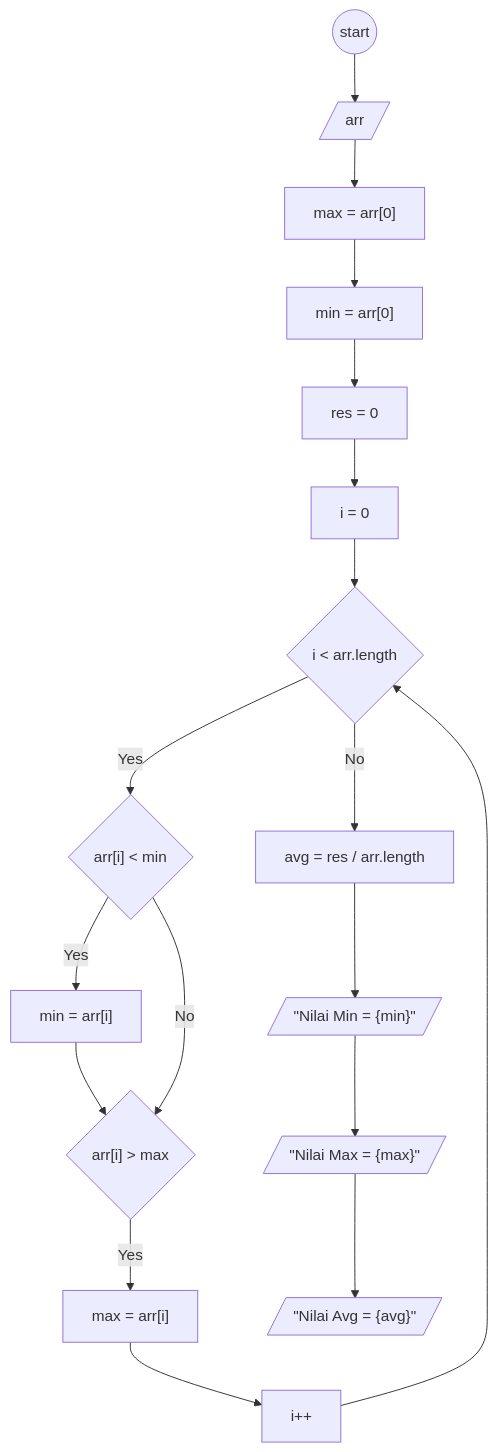
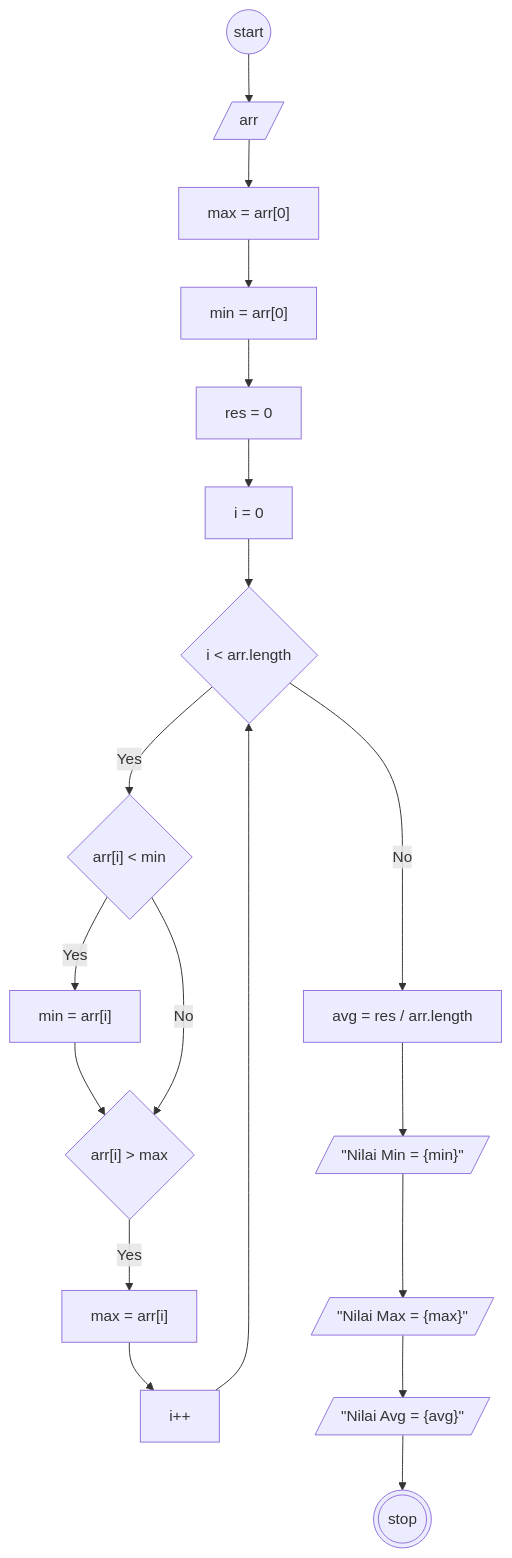
One commit to bildanjhry/Koda-b8-javascript2 changed the diagram in readme.md. Above: the diagram before and after it, drawn with Mermaid.

````diff
--- a/readme.md
+++ b/readme.md
@@ -8,27 +8,28 @@
 ```mermaid
 
 flowchart TD
 
 start@{shape: circle, label: "start"}
 inp@{shape: lean-r, label: "arr"}
 max@{shape: rect, label: "max = arr[0]"}
 min@{shape: rect, label: "min = arr[0]"}
 res@{shape: rect, label: "res = 0"}
 avg@{shape: rect, label: "avg = res / arr.length"}
 init@{shape: rect, label: "i = 0"}
 ctr@{shape: rect, label: "i++"}
 con@{shape: diam, label: "i < arr.length"}
 conMin@{shape: diam, label: "arr[i] < min"}
 assignMin@{shape: rect, label: "min = arr[i]"}
 conMax@{shape: diam, label: "arr[i] > max"}
 assignMax@{shape: rect, label: "max = arr[i]"}
 outputMin@{shape: lean-r, label: '"Nilai Min = {min}"'}
 outputMax@{shape: lean-r, label: '"Nilai Max = {max}"'}
 outputAvg@{shape: lean-r, label: '"Nilai Avg = {avg}"'}
+fin@{shape: double-circle, label: "stop"}
 
 start-->inp-->max-->min-->res-->init-->con
-con-- No -->avg-->outputMin-->outputMax-->outputAvg
+con-- No --->avg-->outputMin-->outputMax-->outputAvg-->fin
 con-- Yes -->conMin-- Yes -->assignMin-->conMax
 conMin-- No -->conMax-- Yes -->assignMax-->ctr-->con
 
 ```
````
